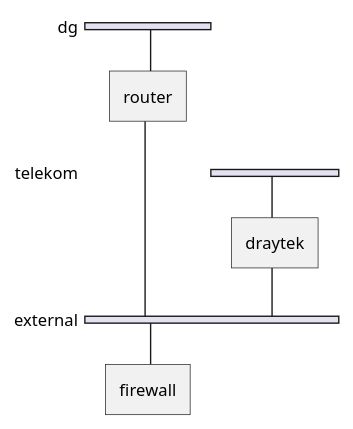
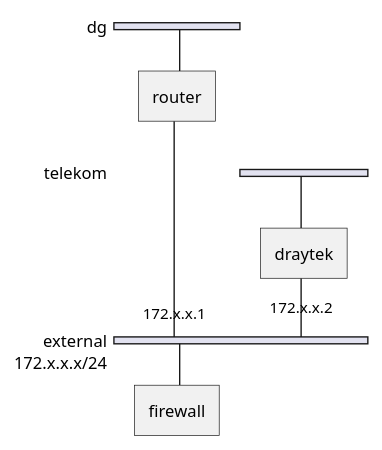
One commit to uwearzt/administration changed the diagram in doc/network.puml. Above: the diagram before and after it, drawn with PlantUML. The commit also changed 14 other files, not shown here.

```diff
--- a/doc/network.puml
+++ b/doc/network.puml
@@ -1,15 +1,18 @@
 @startuml network
 nwdiag {
   network dg {
     router;
   }
   network telekom {
     draytek;
   }
   network external {
-    draytek;
-    router;
+    address = "172.x.x.x/24";
+
+	  router [address = "172.x.x.1"];
+	  draytek [address = "172.x.x.2"];
+
     firewall;
   }
 }
 @enduml
```
